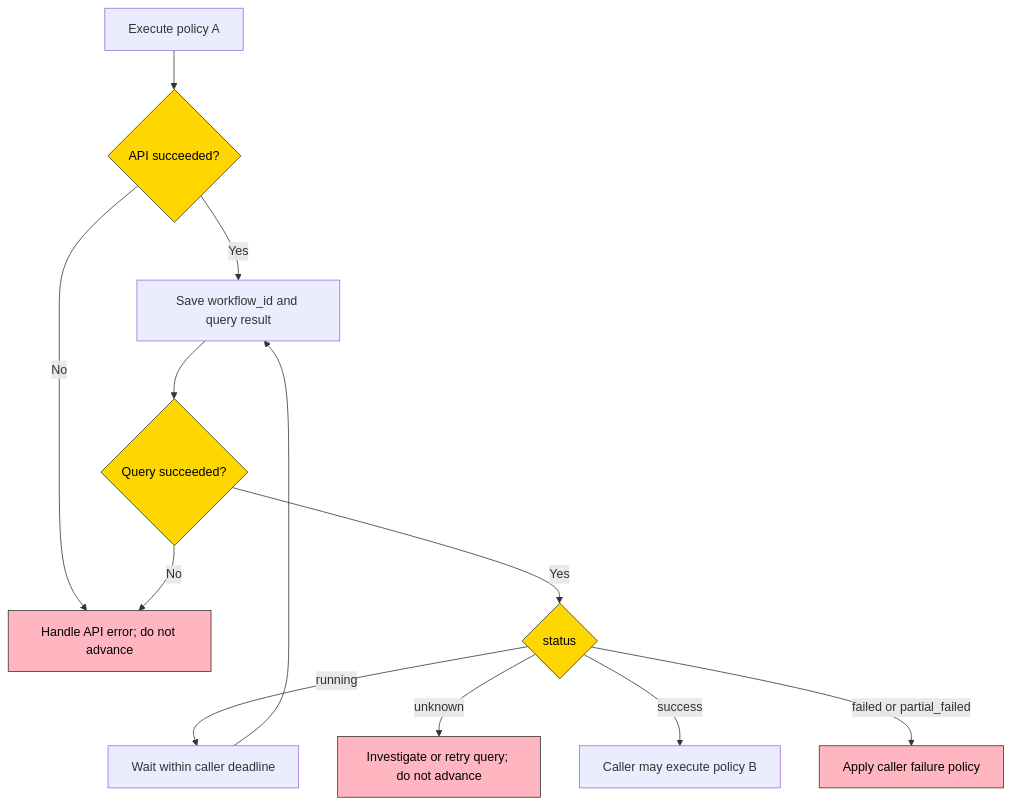
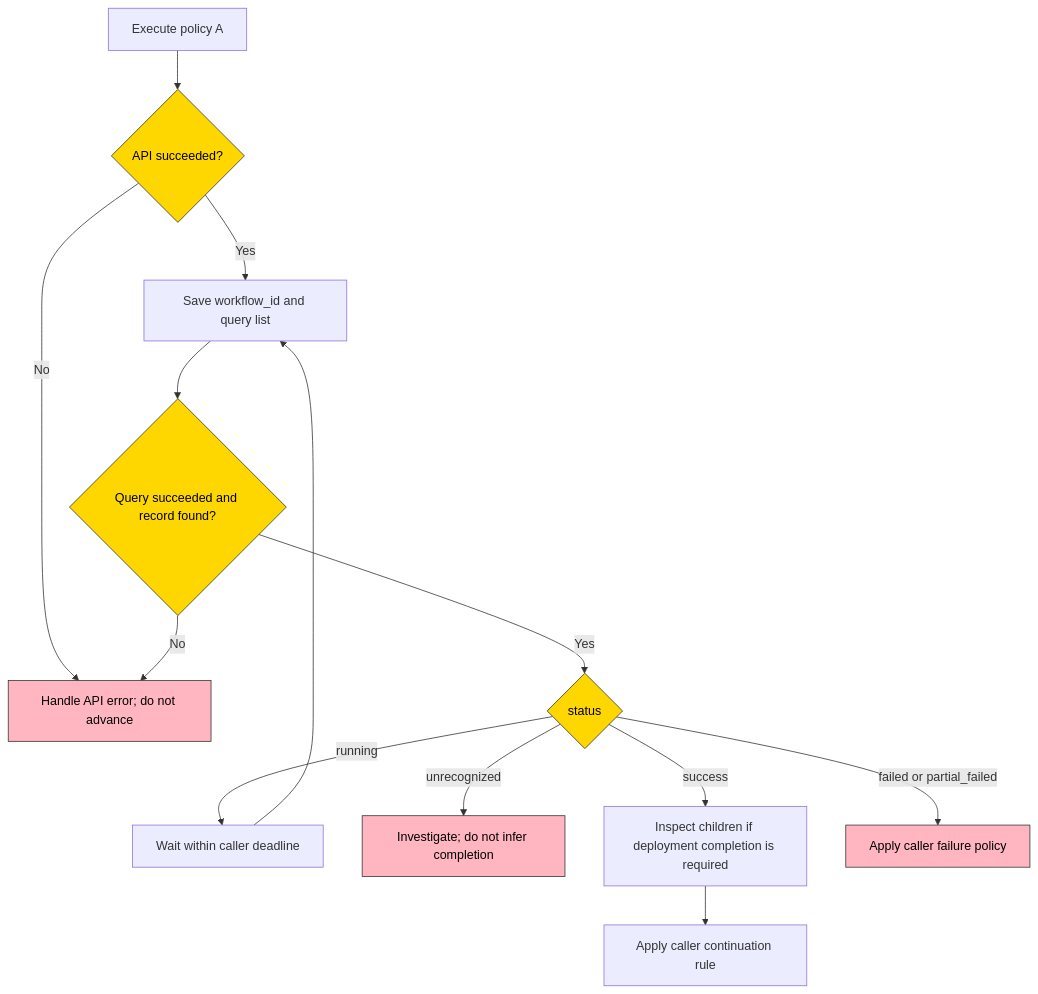
Before and after one commit to TencentBlueKing/bk-nodemgr: the diagram in docs/integration/deploy_policy/workflow.md, drawn with Mermaid. The commit also changed other lines of this file and 46 other files, not shown here.

Commit message:
feat: add deploy policy workflow listing and status monitoring --issue=#3310

````diff
--- a/docs/integration/deploy_policy/workflow.md
+++ b/docs/integration/deploy_policy/workflow.md
@@ -15,18 +15,19 @@
 ```mermaid
 flowchart TD
     A[Execute policy A] --> B{API succeeded?}
     B -->|No| E[Handle API error; do not advance]
-    B -->|Yes| C[Save workflow_id and query result]
-    C --> D{Query succeeded?}
+    B -->|Yes| C[Save workflow_id and query list]
+    C --> D{Query succeeded and record found?}
     D -->|No| E
     D -->|Yes| S{status}
     S -->|running| W[Wait within caller deadline]
     W --> C
-    S -->|unknown| U[Investigate or retry query; do not advance]
-    S -->|success| N[Caller may execute policy B]
+    S -->|unrecognized| U[Investigate; do not infer completion]
+    S -->|success| N[Inspect children if deployment completion is required]
+    N --> P[Apply caller continuation rule]
     S -->|failed or partial_failed| F[Apply caller failure policy]
     classDef decision fill:#FFD700,stroke:#333,color:#000
     classDef error fill:#FFB6C1,stroke:#333,color:#000
     class B,D,S decision
     class E,U,F error
 ```
````
